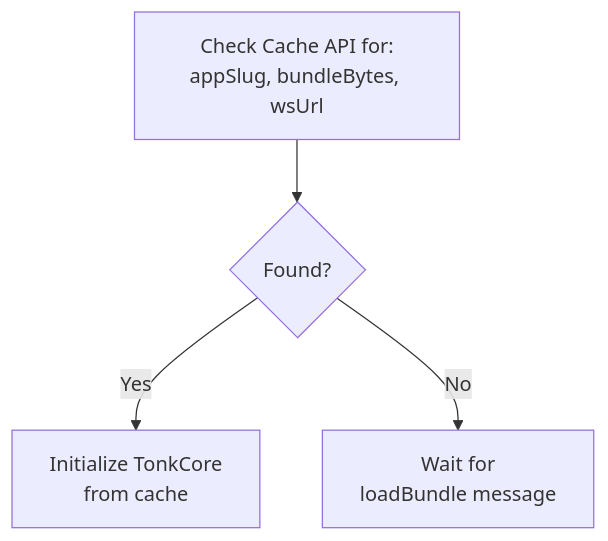
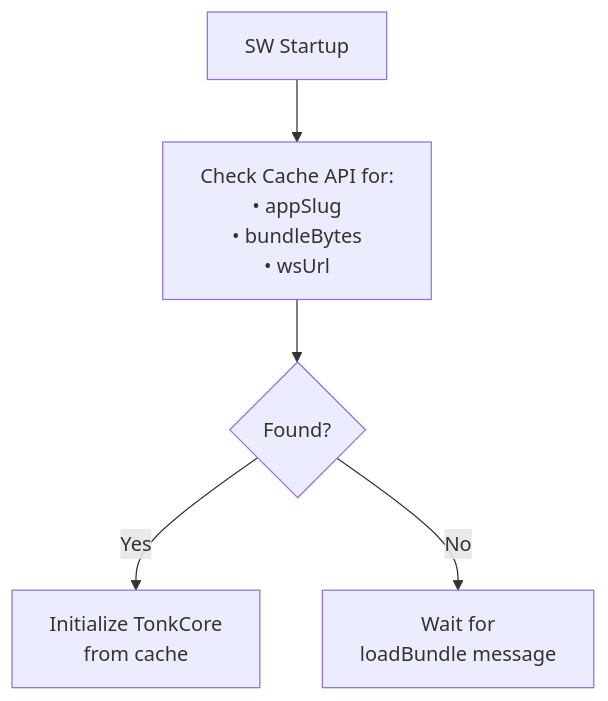
One commit to tonk-labs/tonk changed the third of 6 diagrams in packages/launcher/docs/architecture.md. Above: the diagram before and after it, drawn with Mermaid. The commit also changed other lines of this file, not shown here.

Commit message:
fix(docs): update architecture doc with @ jackddouglas changes

````diff
--- a/packages/launcher/docs/architecture.md
+++ b/packages/launcher/docs/architecture.md
@@ -125,6 +152,7 @@
 ```mermaid
 flowchart TD
-    A["Check Cache API for:<br/>appSlug, bundleBytes, wsUrl"] --> B{Found?}
-    B -->|Yes| C[Initialize TonkCore<br/>from cache]
-    B -->|No| D[Wait for<br/>loadBundle message]
+    A["SW Startup"] --> B["Check Cache API for:<br/>• appSlug<br/>• bundleBytes<br/>• wsUrl"]
+    B --> C{"Found?"}
+    C -->|Yes| D["Initialize TonkCore<br/>from cache"]
+    C -->|No| E["Wait for<br/>loadBundle message"]
 ```
````
